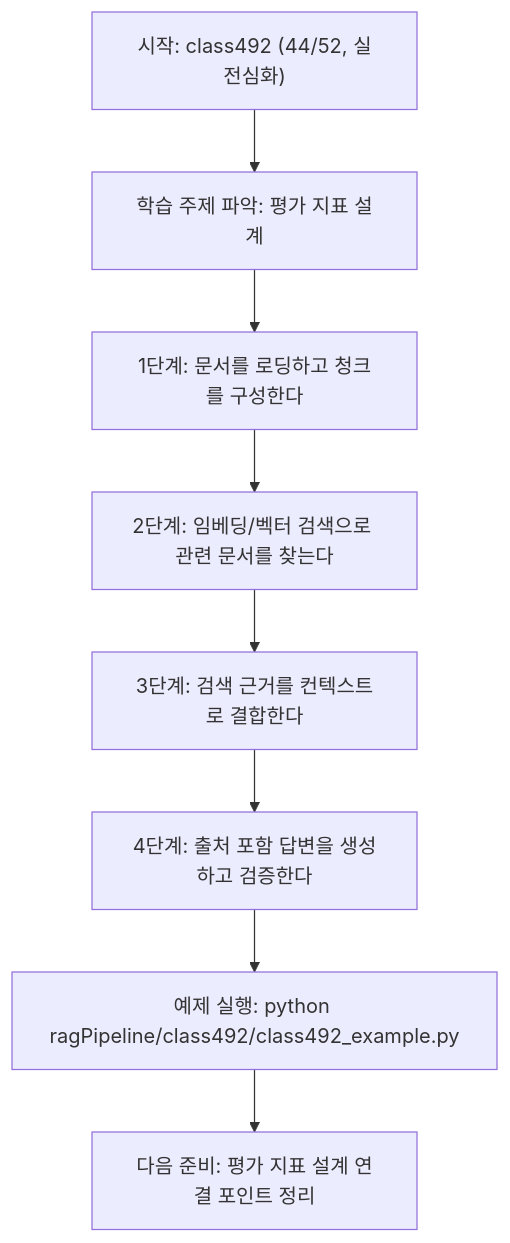
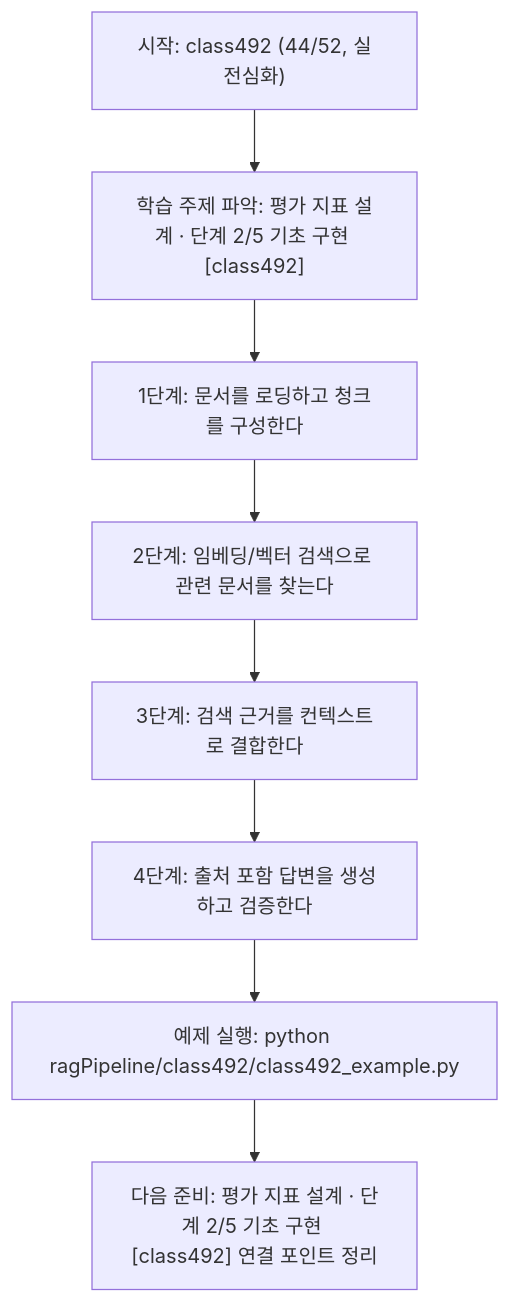
Before and after one commit to edumgt/Python-AI_Agent-Class: the diagram in ragPipeline/class492/class492.md, drawn with Mermaid. The commit also changed other lines of this file and 522 other files, not shown here.

````diff
--- a/ragPipeline/class492/class492.md
+++ b/ragPipeline/class492/class492.md
@@ -110,18 +111,18 @@
 ```mermaid
 flowchart TD
 N1["시작: class492 (44/52, 실전심화)"]
-N2["학습 주제 파악: 평가 지표 설계"]
+N2["학습 주제 파악: 평가 지표 설계 · 단계 2/5 기초 구현 [class492]"]
 N3["1단계: 문서를 로딩하고 청크를 구성한다"]
 N4["2단계: 임베딩/벡터 검색으로 관련 문서를 찾는다"]
 N5["3단계: 검색 근거를 컨텍스트로 결합한다"]
 N6["4단계: 출처 포함 답변을 생성하고 검증한다"]
 N7["예제 실행: python ragPipeline/class492/class492_example.py"]
-N8["다음 준비: 평가 지표 설계 연결 포인트 정리"]
+N8["다음 준비: 평가 지표 설계 · 단계 2/5 기초 구현 [class492] 연결 포인트 정리"]
 N1 --> N2
 N2 --> N3
 N3 --> N4
 N4 --> N5
 N5 --> N6
 N6 --> N7
 N7 --> N8
 ```
````
